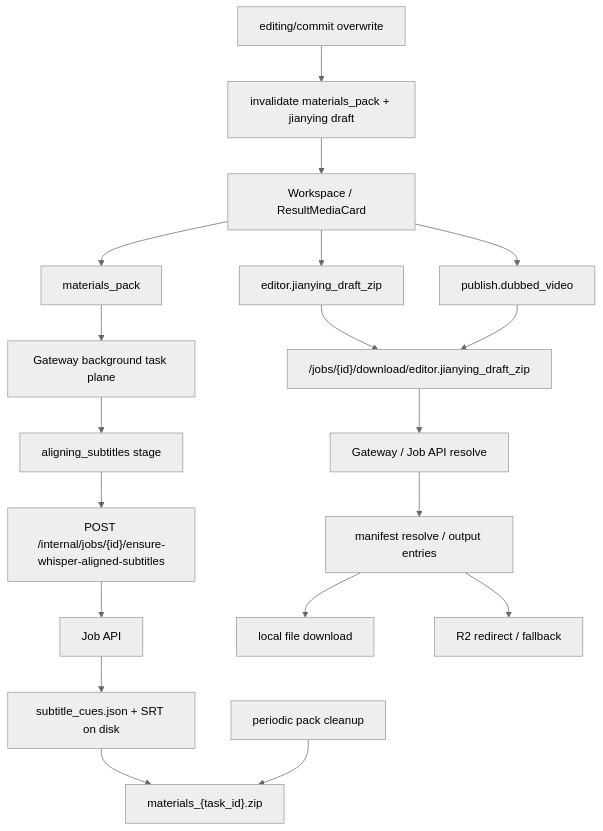
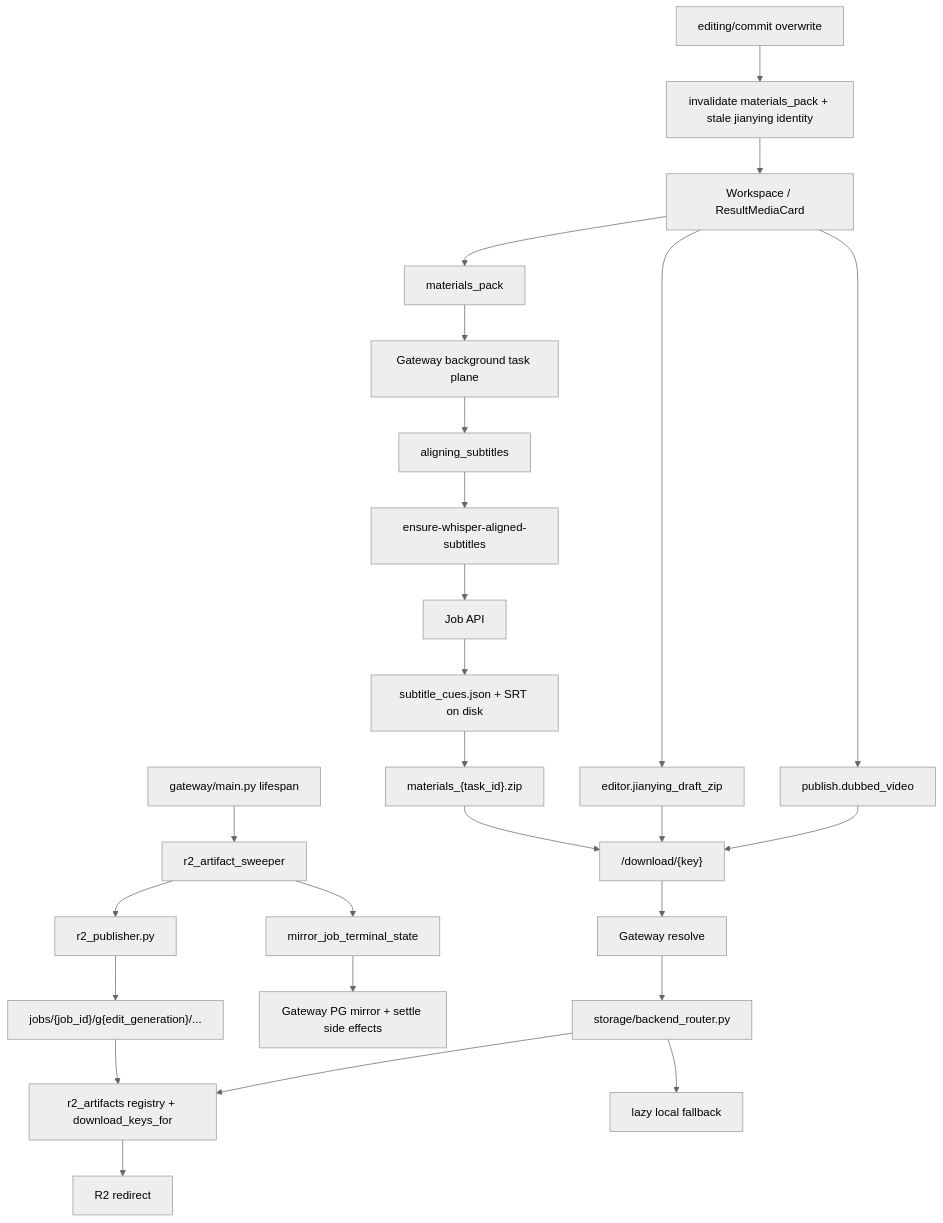
The diagram in docs/graphs/GITNEXUS_STORAGE_DELIVERY_R2_GRAPH.md (sun9bear/AITransVideo), drawn with Mermaid (neutral theme) before and after one commit. The commit also changed other lines of this file and 5 other files, not shown here.

Commit message:
docs(graphs): refresh GitNexus graphs to 2128003

````diff
--- a/docs/graphs/GITNEXUS_STORAGE_DELIVERY_R2_GRAPH.md
+++ b/docs/graphs/GITNEXUS_STORAGE_DELIVERY_R2_GRAPH.md
@@ -16,25 +18,32 @@
 ```mermaid
 graph TD
     ResultUI["Workspace / ResultMediaCard"] --> Video["publish.dubbed_video"]
     ResultUI --> Pack["materials_pack"]
     ResultUI --> JDraft["editor.jianying_draft_zip"]
 
     Pack --> TaskPlane["Gateway background task plane"]
-    TaskPlane --> PreAlign["aligning_subtitles stage"]
-    PreAlign --> EnsureApi["POST /internal/jobs/{id}/ensure-whisper-aligned-subtitles"]
+    TaskPlane --> PreAlign["aligning_subtitles"]
+    PreAlign --> EnsureApi["ensure-whisper-aligned-subtitles"]
     EnsureApi --> JobApi["Job API"]
     JobApi --> OnDiskSrt["subtitle_cues.json + SRT on disk"]
     OnDiskSrt --> PackZip["materials_{task_id}.zip"]
 
-    JDraft --> DownloadKey["/jobs/{id}/download/editor.jianying_draft_zip"]
-    Video --> DownloadKey
-    DownloadKey --> Gateway["Gateway / Job API resolve"]
-    Gateway --> Manifest["manifest resolve / output entries"]
-    Manifest --> Local["local file download"]
-    Manifest --> R2["R2 redirect / fallback"]
+    Video --> DownloadKey["/download/{key}"]
+    JDraft --> DownloadKey
+    PackZip --> DownloadKey
+    DownloadKey --> Gateway["Gateway resolve"]
+    Gateway --> Router["storage/backend_router.py"]
+    Router --> Registry["r2_artifacts registry + download_keys_for"]
+    Registry --> R2["R2 redirect"]
+    Router --> Local["lazy local fallback"]
 
-    EditCommit["editing/commit overwrite"] --> Invalidate["invalidate materials_pack + jianying draft"]
+    MainLife["gateway/main.py lifespan"] --> Sweeper["r2_artifact_sweeper"]
+    Sweeper --> Mirror["mirror_job_terminal_state"]
+    Mirror --> PG["Gateway PG mirror + settle side effects"]
+    Sweeper --> Publisher["r2_publisher.py"]
+    Publisher --> Keys["jobs/{job_id}/g{edit_generation}/..."]
+    Keys --> Registry
+
+    EditCommit["editing/commit overwrite"] --> Invalidate["invalidate materials_pack + stale jianying identity"]
     Invalidate --> ResultUI
-
-    Cleanup["periodic pack cleanup"] --> PackZip
 ```
````
